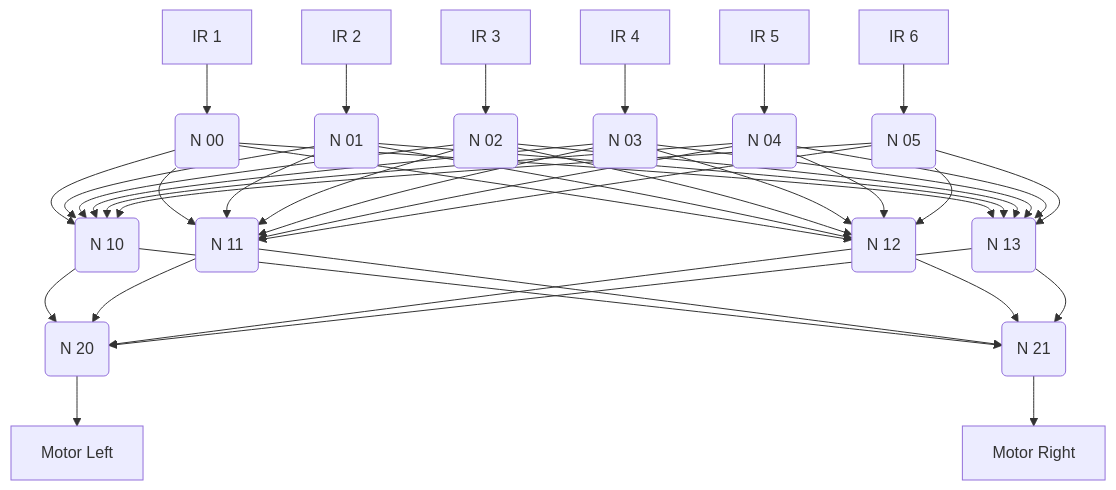
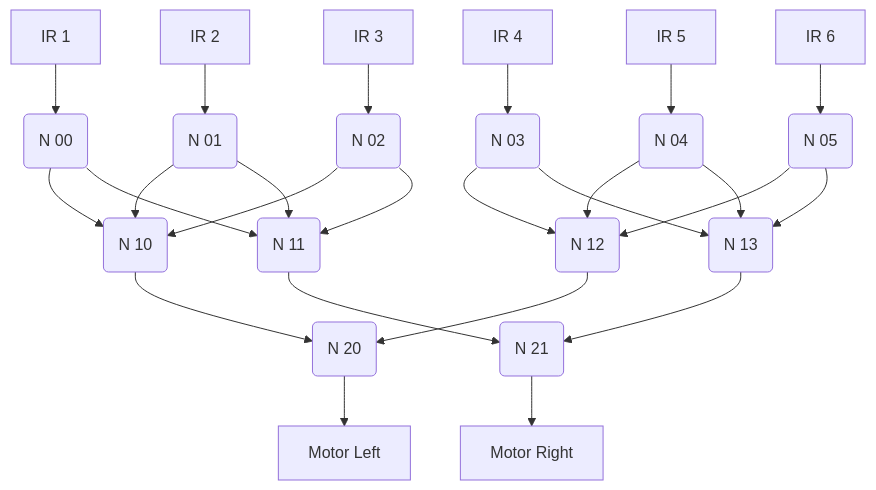
The diagram in testfiles/rbs_description.md (FenFM/autonomous_robot), drawn with Mermaid before and after one commit. The commit also changed 2 other files, not shown here.

Commit message:
Improved the testfile

````diff
--- a/testfiles/rbs_description.md
+++ b/testfiles/rbs_description.md
@@ -4,52 +4,41 @@
 ``` mermaid
     flowchart TD
         IR_1[IR 1] --> n_00(N 00)
         IR_2[IR 2] --> n_01(N 01)
         IR_3[IR 3] --> n_02(N 02)
         IR_4[IR 4] --> n_03(N 03)
         IR_5[IR 5] --> n_04(N 04)
         IR_6[IR 6] --> n_05(N 05)
 
-        n_00 --> n_10(N 10)
-        n_00 --> n_11(N 11)
-        n_00 --> n_12(N 12)
-        n_00 --> n_13(N 13)
+        n_10(N 10)
+        n_11(N 11)
+        n_12(N 12)
+        n_13(N 13)
+        n_20(N 20)
+        n_21(N 21)
 
-        n_01 --> n_10(N 10)
-        n_01 --> n_11(N 11)
-        n_01 --> n_12(N 12)
-        n_01 --> n_13(N 13)
+        n_00 --> n_10
+        n_01 --> n_10
+        n_02 --> n_10
 
-        n_02 --> n_10(N 10)
-        n_02 --> n_11(N 11)
-        n_02 --> n_12(N 12)
-        n_02 --> n_13(N 13)
+        n_00 --> n_11
+        n_01 --> n_11
+        n_02 --> n_11
 
-        n_03 --> n_10(N 10)
-        n_03 --> n_11(N 11)
-        n_03 --> n_12(N 12)
-        n_03 --> n_13(N 13)
+        n_03 --> n_12
+        n_04 --> n_12
+        n_05 --> n_12
 
-        n_04 --> n_10(N 10)
-        n_04 --> n_11(N 11)
-        n_04 --> n_12(N 12)
-        n_04 --> n_13(N 13)
+        n_03 --> n_13
+        n_04 --> n_13
+        n_05 --> n_13
 
-        n_05 --> n_10(N 10)
-        n_05 --> n_11(N 11)
-        n_05 --> n_12(N 12)
-        n_05 --> n_13(N 13)
+        n_10 --> n_20
+        n_12 --> n_20
 
-        n_10 --> n_20(N 20)
-        n_11 --> n_20(N 20)
-        n_12 --> n_20(N 20)
-        n_13 --> n_20(N 20)
-
-        n_10 --> n_21(N 21)
-        n_11 --> n_21(N 21)
-        n_12 --> n_21(N 21)
-        n_13 --> n_21(N 21)
+        n_11 --> n_21
+        n_13 --> n_21
 
         n_20 --> m_l[Motor Left]
         n_21 --> m_r[Motor Right]
 ```
````
